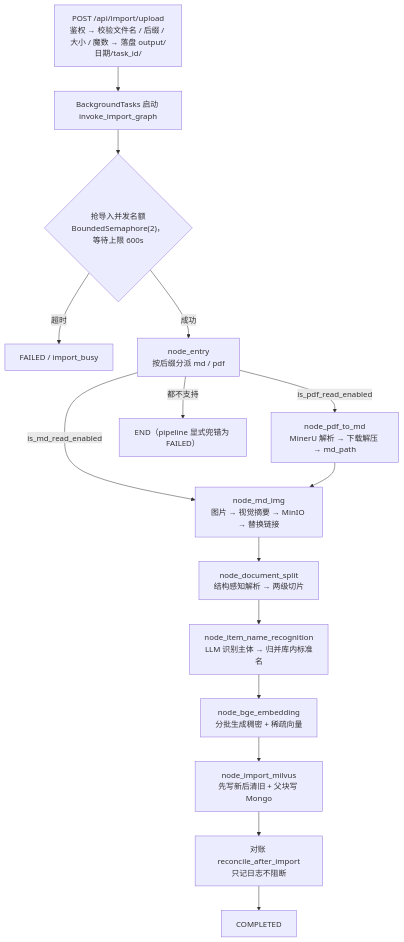
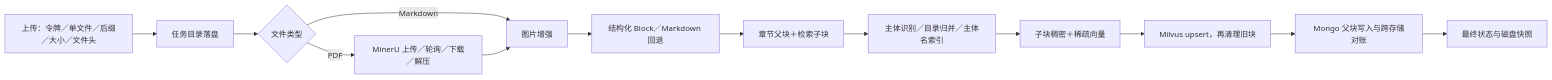
Before and after one commit to LZX842056112/se_rag: the second of 4 diagrams in docs/se_rag-技术讲解文档.md, drawn with Mermaid. The commit also changed other lines of this file and 3 other files, not shown here.

````diff
--- a/docs/se_rag-技术讲解文档.md
+++ b/docs/se_rag-技术讲解文档.md
@@ -119,17 +131,15 @@
 ```mermaid
-flowchart TD
-    A["POST /api/import/upload<br/>鉴权 → 校验文件名 / 后缀 / 大小 / 魔数 → 落盘 output/日期/task_id/"] --> B["BackgroundTasks 启动 invoke_import_graph"]
-    B --> C{"抢导入并发名额<br/>BoundedSemaphore(2)，等待上限 600s"}
-    C -- 超时 --> C1["FAILED / import_busy"]
-    C -- 成功 --> D["node_entry<br/>按后缀分派 md / pdf"]
-    D -- is_md_read_enabled --> F["node_md_img<br/>图片 → 视觉摘要 → MinIO → 替换链接"]
-    D -- is_pdf_read_enabled --> E["node_pdf_to_md<br/>MinerU 解析 → 下载解压 → md_path"]
-    E --> F
-    F --> G["node_document_split<br/>结构感知解析 → 两级切片"]
-    G --> H["node_item_name_recognition<br/>LLM 识别主体 → 归并库内标准名"]
-    H --> I["node_bge_embedding<br/>分批生成稠密 + 稀疏向量"]
-    I --> J["node_import_milvus<br/>先写新后清旧 + 父块写 Mongo"]
-    J --> K["对账 reconcile_after_import<br/>只记日志不阻断"]
-    D -- 都不支持 --> Z["END（pipeline 显式兜错为 FAILED）"]
-    K --> L["COMPLETED"]
+flowchart LR
+    A["上传：令牌／单文件／后缀／大小／文件头"] --> B["任务目录落盘"]
+    B --> C{"文件类型"}
+    C -->|PDF| D["MinerU 上传／轮询／下载／解压"]
+    C -->|Markdown| E["图片增强"]
+    D --> E
+    E --> F["结构化 Block／Markdown 回退"]
+    F --> G["章节父块＋检索子块"]
+    G --> H["主体识别／目录归并／主体名索引"]
+    H --> J["子块稠密＋稀疏向量"]
+    J --> K["Milvus upsert，再清理旧块"]
+    K --> L["Mongo 父块写入与跨存储对账"]
+    L --> M["最终状态与磁盘快照"]
 ```
````
